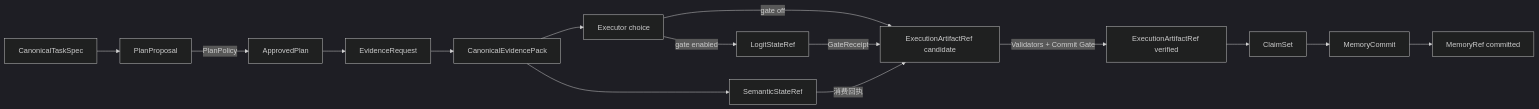
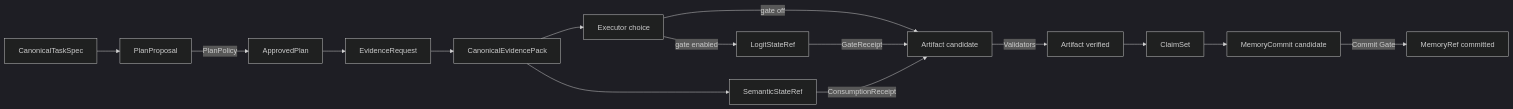
Before and after one commit to qcrs/os: the second of 2 diagrams in docs/implementation/README.md, drawn with Mermaid (dark theme). The commit also changed other lines of this file and 77 other files, not shown here.

````diff
--- a/docs/implementation/README.md
+++ b/docs/implementation/README.md
@@ -59,17 +108,17 @@
 ```mermaid
 flowchart LR
-    A[CanonicalTaskSpec] --> B[PlanProposal]
-    B -->|PlanPolicy| C[ApprovedPlan]
-    C --> D[EvidenceRequest]
-    D --> E[CanonicalEvidencePack]
-    E --> F[SemanticStateRef]
-    E --> X[Executor choice]
-    X -->|gate off| G[ExecutionArtifactRef candidate]
-    X -->|gate enabled| L[LogitStateRef]
-    L -->|GateReceipt| G
-    F -->|消费回执| G
-    G -->|Validators + Commit Gate| H[ExecutionArtifactRef verified]
-    H --> I[ClaimSet]
-    I --> J[MemoryCommit]
-    J --> K[MemoryRef committed]
+    TS[CanonicalTaskSpec] --> PP[PlanProposal]
+    PP -->|PlanPolicy| AP[ApprovedPlan]
+    AP --> ER[EvidenceRequest]
+    ER --> EP[CanonicalEvidencePack]
+    EP --> SS[SemanticStateRef]
+    EP --> EC[Executor choice]
+    EC -->|gate off| AC[Artifact candidate]
+    EC -->|gate enabled| LS[LogitStateRef]
+    LS -->|GateReceipt| AC
+    SS -->|ConsumptionReceipt| AC
+    AC -->|Validators| AV[Artifact verified]
+    AV --> CS[ClaimSet]
+    CS --> MC[MemoryCommit candidate]
+    MC -->|Commit Gate| MR[MemoryRef committed]
 ```
````
